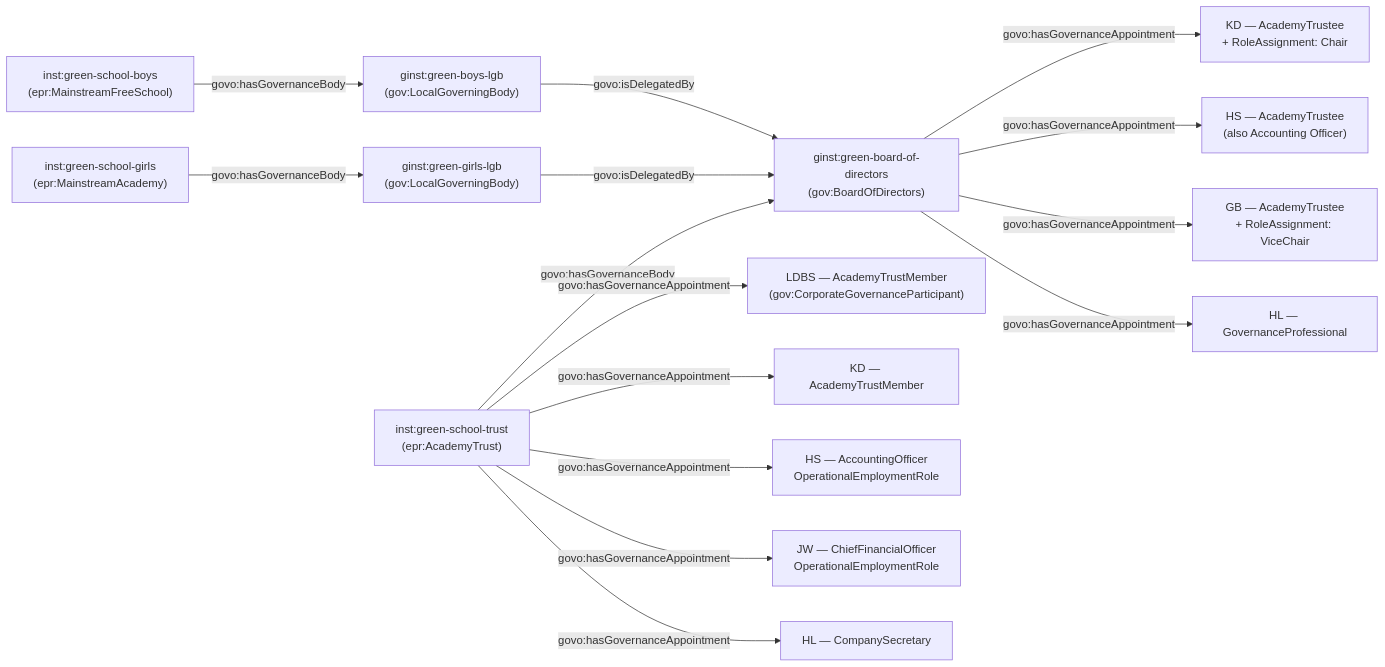
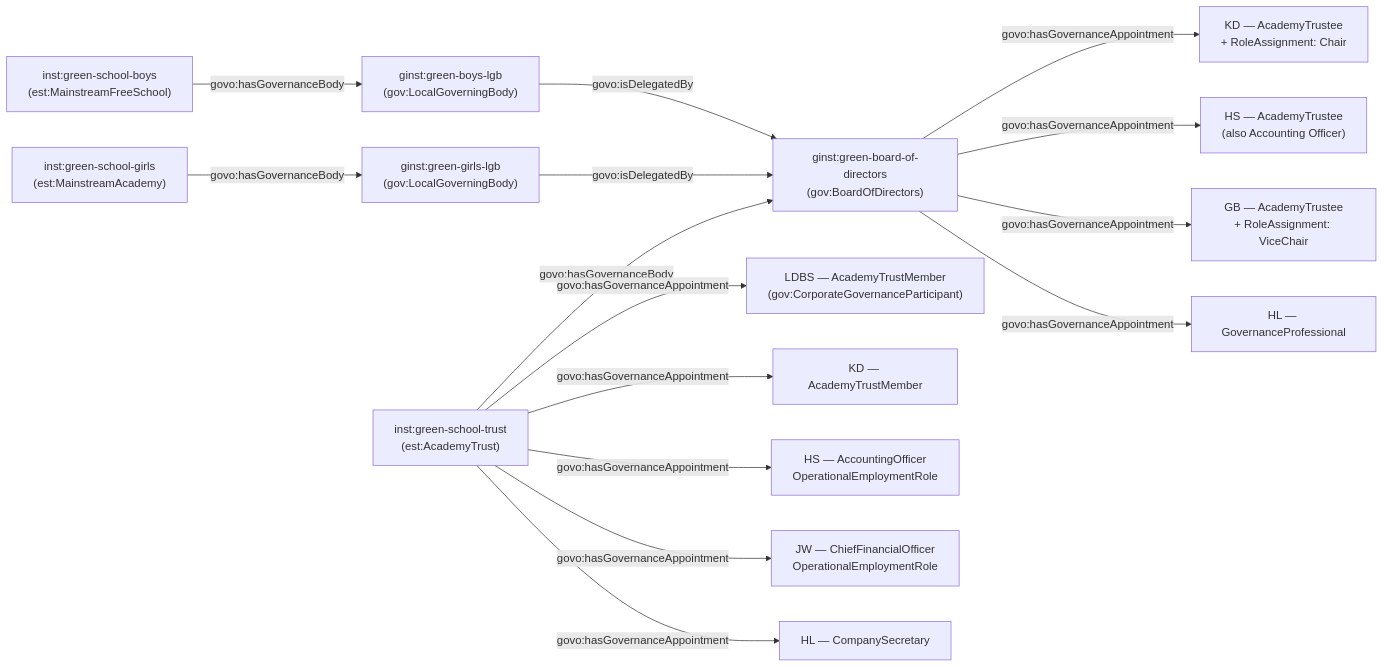
Before and after one commit to DFE-Digital/education-provider-registry-docs: the second of 2 diagrams in docs-site/content/models/governance/worked-examples/green-school-trust/index.md, drawn with Mermaid. The commit also changed other lines of this file and 42 other files, not shown here.

````diff
--- a/docs-site/content/models/governance/worked-examples/green-school-trust/index.md
+++ b/docs-site/content/models/governance/worked-examples/green-school-trust/index.md
@@ -95,27 +95,27 @@
 ```mermaid
 flowchart LR
-    T["inst:green-school-trust<br/>(epr:AcademyTrust)"]
-    G["inst:green-school-girls<br/>(epr:MainstreamAcademy)"]
-    B["inst:green-school-boys<br/>(epr:MainstreamFreeSchool)"]
+    T["inst:green-school-trust<br/>(est:AcademyTrust)"]
+    G["inst:green-school-girls<br/>(est:MainstreamAcademy)"]
+    B["inst:green-school-boys<br/>(est:MainstreamFreeSchool)"]
     TB["ginst:green-board-of-directors<br/>(gov:BoardOfDirectors)"]
     LGG["ginst:green-girls-lgb<br/>(gov:LocalGoverningBody)"]
     LGB["ginst:green-boys-lgb<br/>(gov:LocalGoverningBody)"]
 
     T -->|govo:hasGovernanceBody| TB
     LGG -->|govo:isDelegatedBy| TB
     LGB -->|govo:isDelegatedBy| TB
     G -->|govo:hasGovernanceBody| LGG
     B -->|govo:hasGovernanceBody| LGB
 
     T -->|govo:hasGovernanceAppointment| M1["LDBS — AcademyTrustMember<br/>(gov:CorporateGovernanceParticipant)"]
     T -->|govo:hasGovernanceAppointment| M2["KD — AcademyTrustMember"]
 
     TB -->|govo:hasGovernanceAppointment| D1["KD — AcademyTrustee<br/>+ RoleAssignment: Chair"]
     TB -->|govo:hasGovernanceAppointment| D2["HS — AcademyTrustee<br/>(also Accounting Officer)"]
     TB -->|govo:hasGovernanceAppointment| D3["GB — AcademyTrustee<br/>+ RoleAssignment: ViceChair"]
 
     T -->|govo:hasGovernanceAppointment| AO["HS — AccountingOfficer<br/>OperationalEmploymentRole"]
     T -->|govo:hasGovernanceAppointment| CFO["JW — ChiefFinancialOfficer<br/>OperationalEmploymentRole"]
     TB -->|govo:hasGovernanceAppointment| GP["HL — GovernanceProfessional"]
     T -->|govo:hasGovernanceAppointment| CS["HL — CompanySecretary"]
 ```
````
